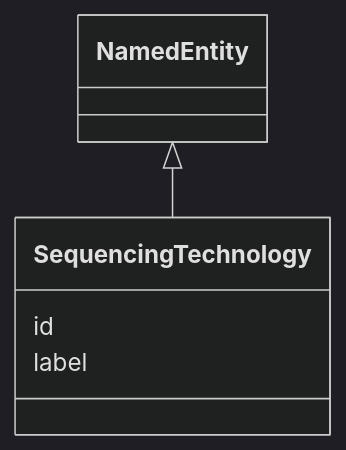
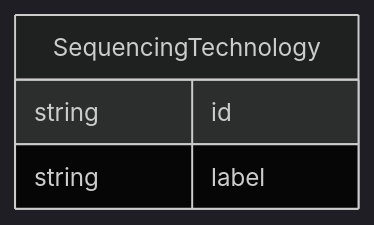
One commit to monarch-initiative/ontogpt changed the diagram in docs/metagenome_study/SequencingTechnology.md. Above: the diagram before and after it, drawn with Mermaid (dark theme). The commit also changed 187 other files, not shown here.

````diff
--- a/docs/metagenome_study/SequencingTechnology.md
+++ b/docs/metagenome_study/SequencingTechnology.md
@@ -8,9 +8,10 @@
 ```mermaid
- classDiagram
-    class SequencingTechnology
-      NamedEntity <|-- SequencingTechnology
-      
-      SequencingTechnology : id
-      SequencingTechnology : label
-      
+erDiagram
+SequencingTechnology {
+    string id  
+    string label  
+}
+
+
+
 ```
````
